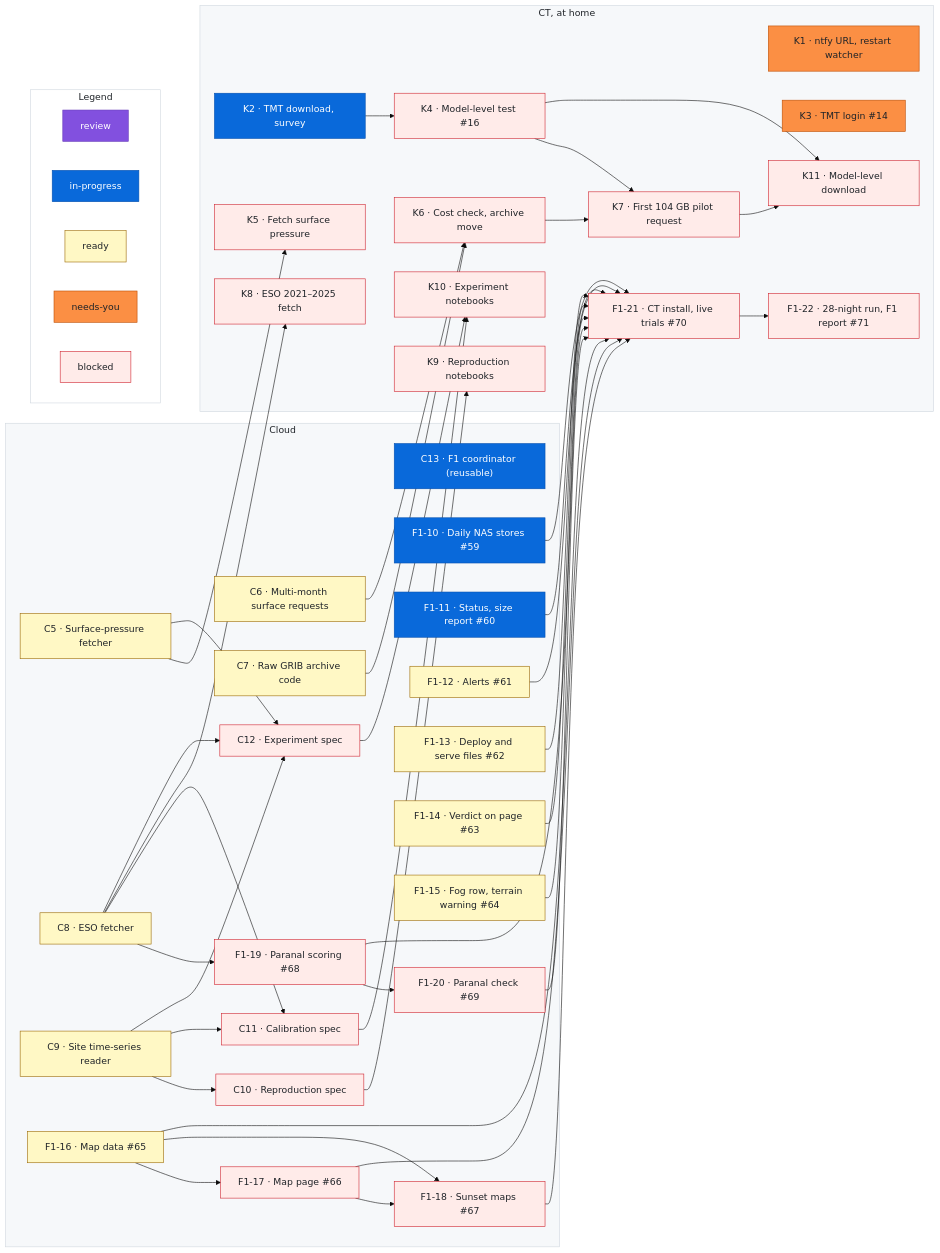
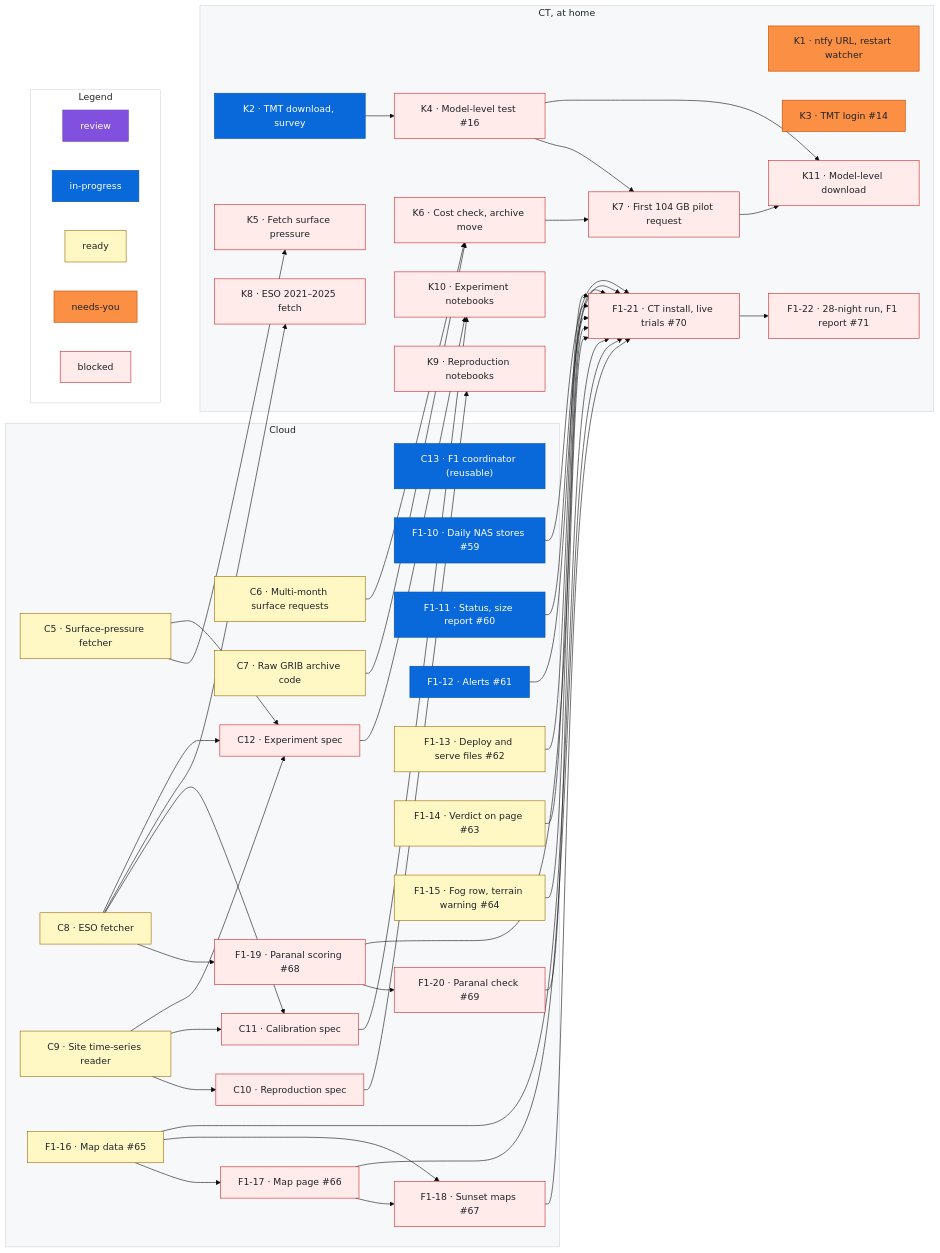
Before and after one commit to rrweller/Astro-seeing: the diagram in docs/roadmap.md, drawn with Mermaid (base theme). The commit also changed other lines of this file, not shown here.

Commit message:
roadmap: F1-12 ready → in-progress

```diff
--- a/docs/roadmap.md
+++ b/docs/roadmap.md
@@ -199,7 +199,7 @@
   %% ---
   class F1_11 inprogress
   %% ---
-  class F1_12 ready
+  class F1_12 inprogress
   %% ---
   class F1_13 ready
   %% ---
```
